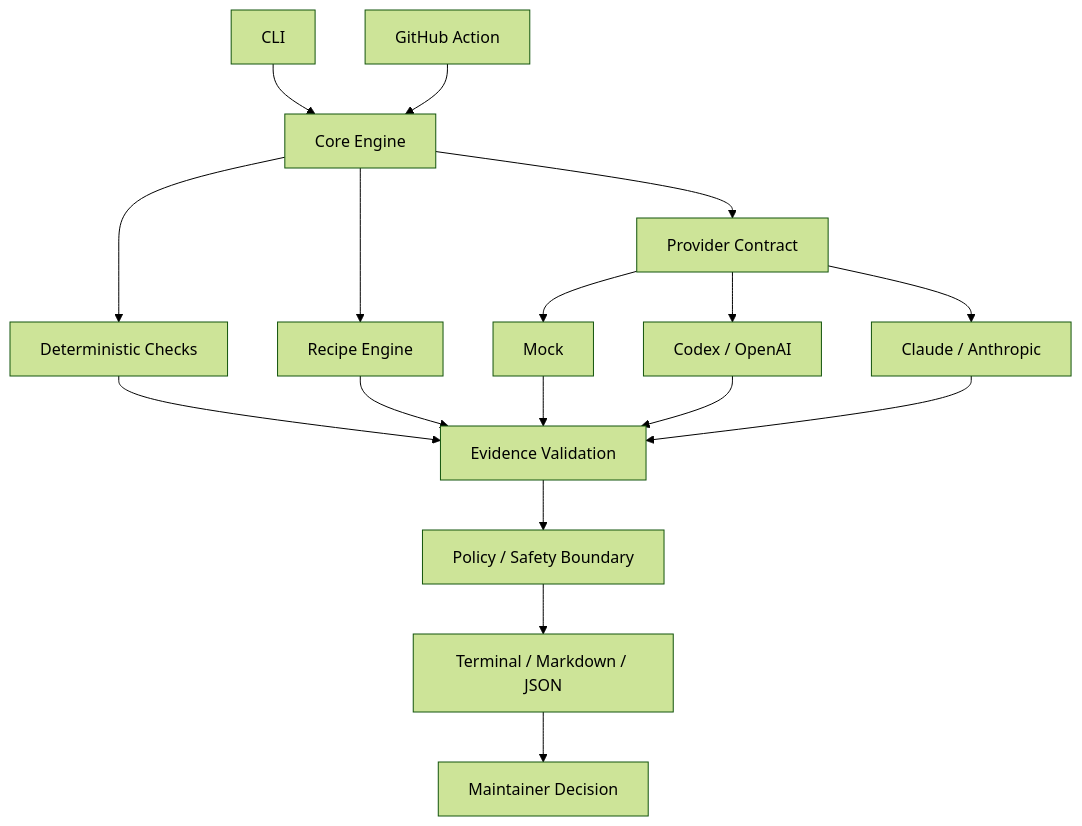
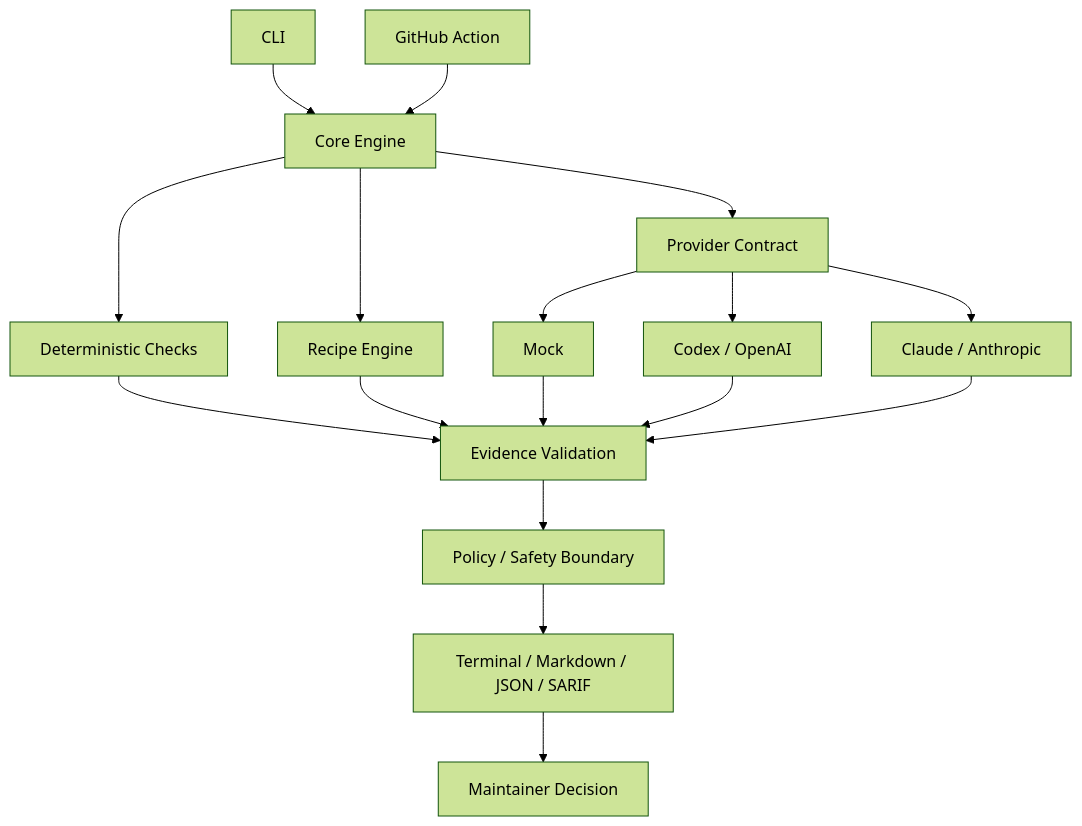
The diagram in README.md (dhtoan/AunoForge), drawn with Mermaid (forest theme) before and after one commit. The commit also changed other lines of this file, not shown here.

````diff
--- a/README.md
+++ b/README.md
@@ -445,23 +437,23 @@
 ```mermaid
 flowchart TD
     A[CLI] --> C[Core Engine]
     B[GitHub Action] --> C
 
     C --> D[Deterministic Checks]
     C --> E[Recipe Engine]
     C --> F[Provider Contract]
 
     F --> G[Mock]
     F --> H[Codex / OpenAI]
     F --> I[Claude / Anthropic]
 
     D --> J[Evidence Validation]
     E --> J
     G --> J
     H --> J
     I --> J
 
     J --> K[Policy / Safety Boundary]
-    K --> L[Terminal / Markdown / JSON]
+    K --> L[Terminal / Markdown / JSON / SARIF]
     L --> M[Maintainer Decision]
 ```
````
